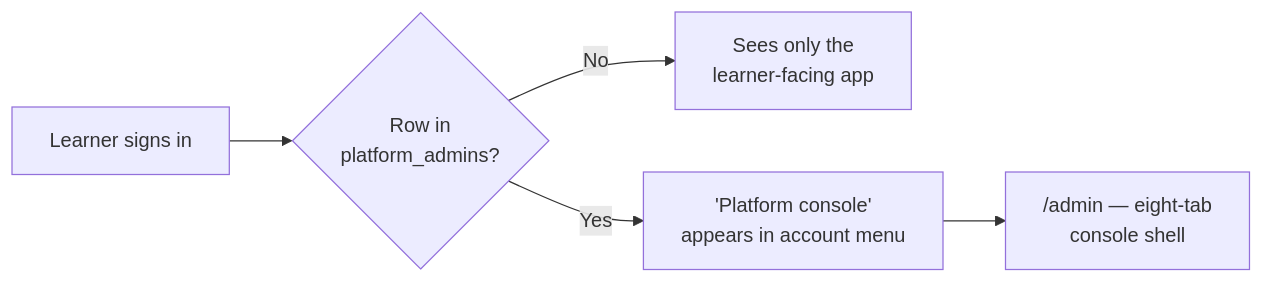
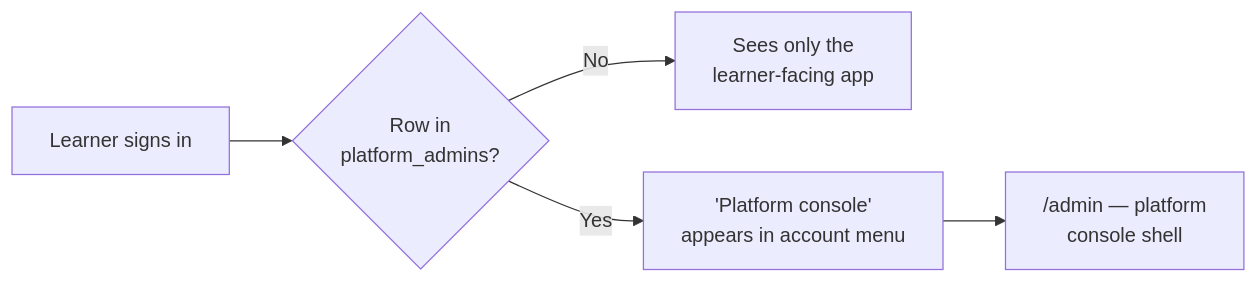
Before and after one commit to russelldonders/LearnScope: the first of 7 diagrams in docs/admin-guide/README.md, drawn with Mermaid. The commit also changed other lines of this file and 29 other files, not shown here.

````diff
--- a/docs/admin-guide/README.md
+++ b/docs/admin-guide/README.md
@@ -70,7 +70,7 @@
 ```mermaid
 flowchart LR
     A["Learner signs in"] --> B{"Row in\nplatform_admins?"}
     B -- "No" --> C["Sees only the\nlearner-facing app"]
     B -- "Yes" --> D["'Platform console'\nappears in account menu"]
-    D --> E["/admin — eight-tab\nconsole shell"]
+    D --> E["/admin — platform\nconsole shell"]
 ```
````
